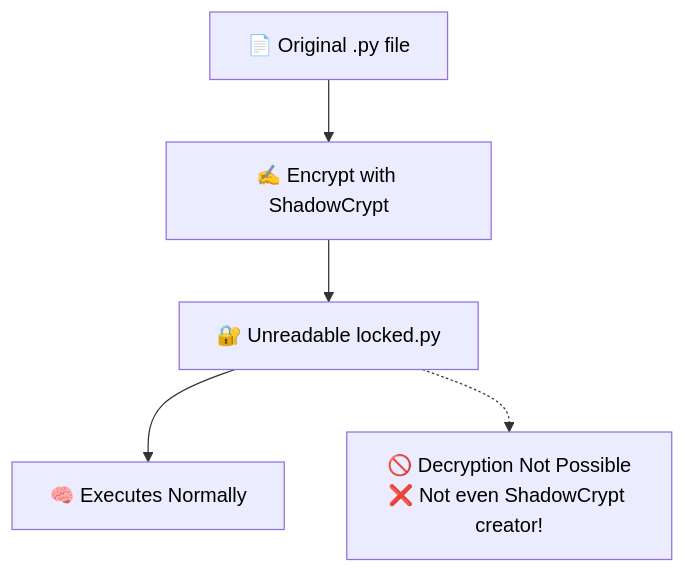
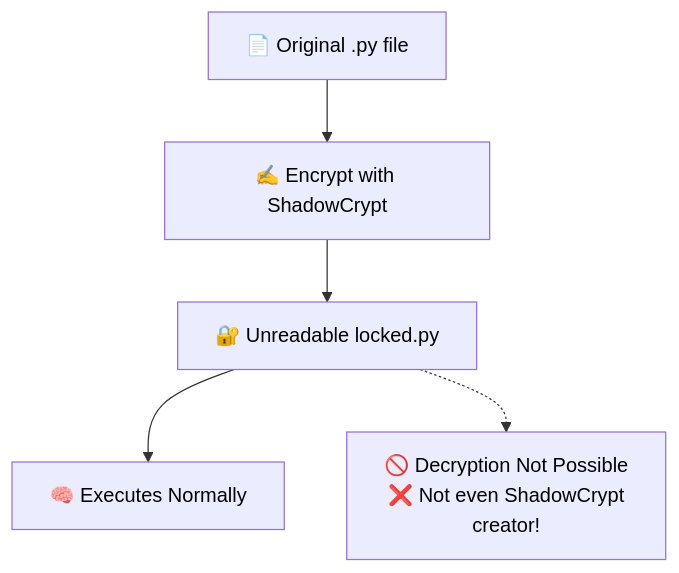
One commit to AFTeam-Owner/shadowcrypt changed the diagram in README.md. Above: the diagram before and after it, drawn with Mermaid.

````diff
--- a/README.md
+++ b/README.md
@@ -27,8 +27,8 @@
 ```mermaid
 %%{ init { 'theme': 'default', 'themeVariables': { 'primaryColor': '#9b59b6', 'edgeLabelBackground':'#ffffff', 'fontSize':'16px', 'fontFamily':'Fira Code', 'textColor': '#000000' } } }%%
 graph TD
     A[📄 Original .py file] --> B[✍️ Encrypt with ShadowCrypt]
     B --> C[🔐 Unreadable locked.py]
     C --> D[🧠 Executes Normally]
-    C -.-> E[🚫 Decryption Not Possible<br>❌ Not even ShadowCrypt creator!]
+    C -.-> E[🚫 Decryption Not Possible<br>❌ Not even ShadowCrypt<br>creator!]
 ```
````
